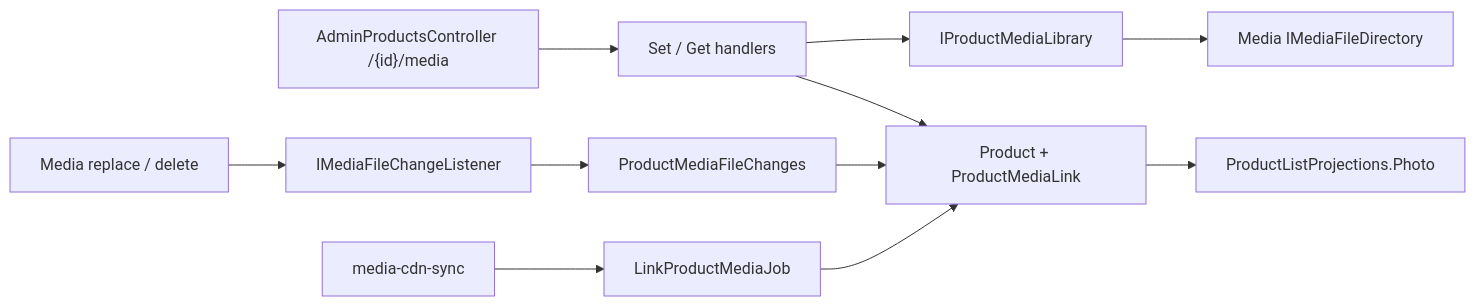
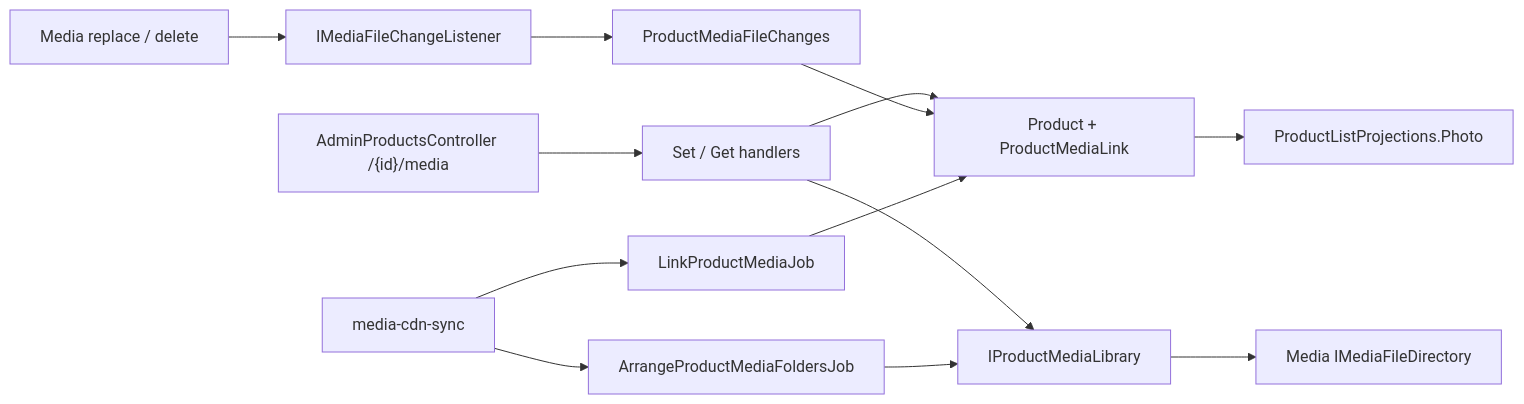
Before and after one commit to Weretik/KedrStore: the diagram in docs/sdd/features/catalog/product-media.md, drawn with Mermaid. The commit also changed other lines of this file and 15 other files, not shown here.

First line of the commit message:
feat(media): lay out product photos and schemes in folders by category (R-37)

````diff
--- a/docs/sdd/features/catalog/product-media.md
+++ b/docs/sdd/features/catalog/product-media.md
@@ -42,11 +42,12 @@
 ```mermaid
 flowchart LR
     A["AdminProductsController /{id}/media"] --> B["Set / Get handlers"]
     B --> P["Product + ProductMediaLink"]
     B --> L["IProductMediaLibrary"]
     L --> D["Media IMediaFileDirectory"]
     M["Media replace / delete"] --> N["IMediaFileChangeListener"]
     N --> C["ProductMediaFileChanges"] --> P
     J["media-cdn-sync"] --> K["LinkProductMediaJob"] --> P
+    J --> F["ArrangeProductMediaFoldersJob"] --> L
     P --> R["ProductListProjections.Photo"]
 ```
````
